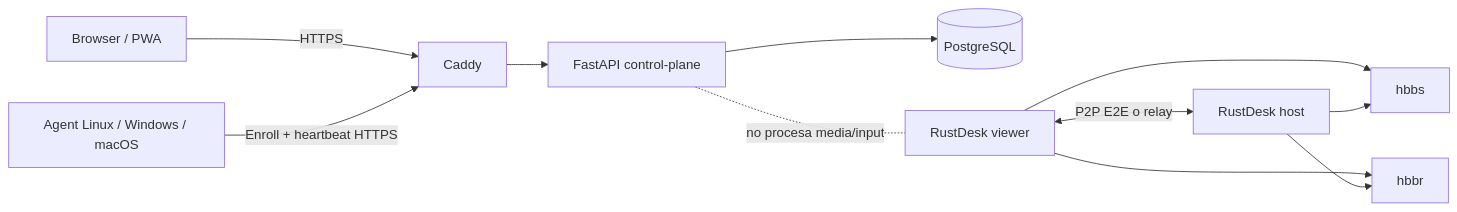
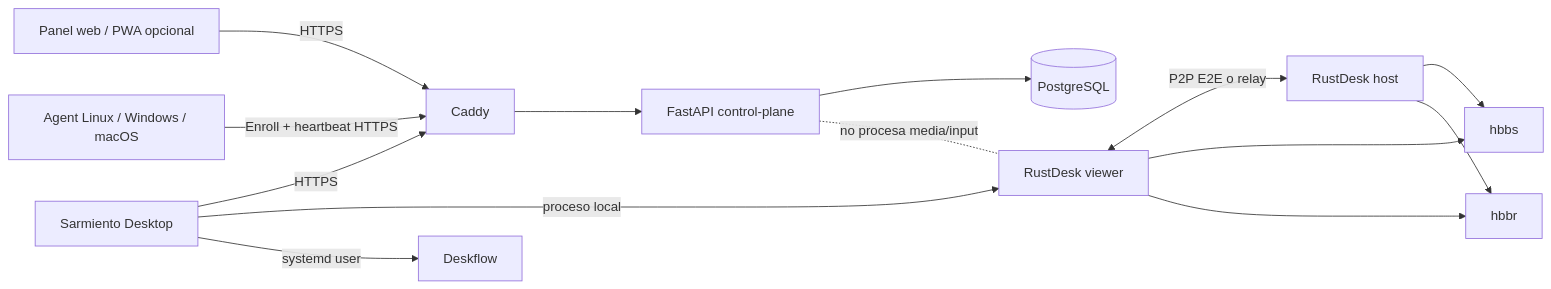
Before and after one commit to SaintWyss/Sarmiento: the diagram in README.md, drawn with Mermaid. The commit also changed other lines of this file and 24 other files, not shown here.

First line of the commit message:
feat: add native Sarmiento Desktop app

````diff
--- a/README.md
+++ b/README.md
@@ -33,13 +36,16 @@
 ```mermaid
 flowchart LR
-    Browser[Browser / PWA] -->|HTTPS| Caddy
+    Desktop[Sarmiento Desktop] -->|HTTPS| Caddy
+    Browser[Panel web / PWA opcional] -->|HTTPS| Caddy
     Agent[Agent Linux / Windows / macOS] -->|Enroll + heartbeat HTTPS| Caddy
     Caddy --> API[FastAPI control-plane]
     API --> DB[(PostgreSQL)]
-    Viewer[RustDesk viewer] <-->|P2P E2E o relay| Host[RustDesk host]
+    Desktop -->|proceso local| Viewer[RustDesk viewer]
+    Desktop -->|systemd user| Deskflow
+    Viewer <-->|P2P E2E o relay| Host[RustDesk host]
     Viewer --> HBBS[hbbs]
     Host --> HBBS
     Viewer --> HBBR[hbbr]
     Host --> HBBR
     API -. no procesa media/input .- Viewer
 ```
````
